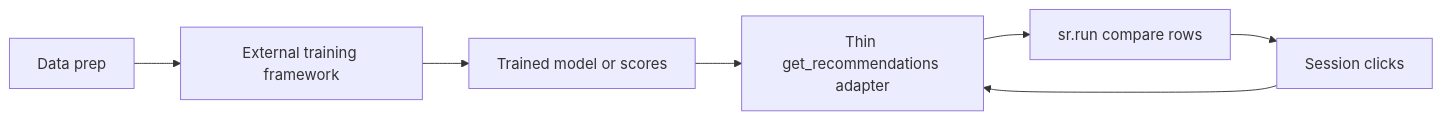
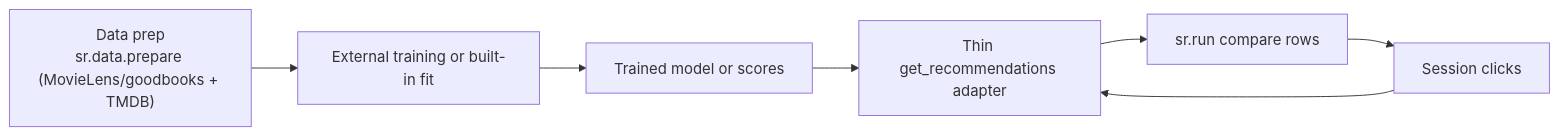
One commit to vaclavstibor/streamlit-recommenders changed the second of 2 diagrams in docs/ARCHITECTURE.md. Above: the diagram before and after it, drawn with Mermaid. The commit also changed other lines of this file and 3 other files, not shown here.

````diff
--- a/docs/ARCHITECTURE.md
+++ b/docs/ARCHITECTURE.md
@@ -90,9 +90,9 @@
 ```mermaid
 flowchart LR
-  dataPrep["Data prep"] --> train["External training framework"]
+  dataPrep["Data prep\nsr.data.prepare (MovieLens/goodbooks + TMDB)"] --> train["External training or built-in fit"]
   train --> artifact["Trained model or scores"]
   artifact --> adapter["Thin get_recommendations adapter"]
   adapter --> demo["sr.run compare rows"]
   demo --> feedback["Session clicks"]
   feedback --> adapter
 ```
````
